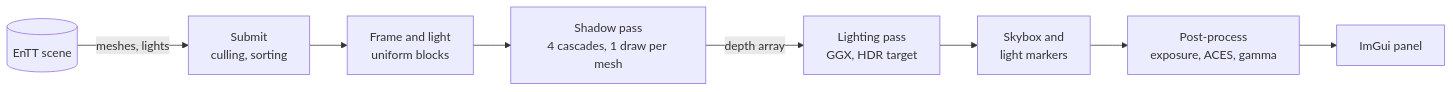
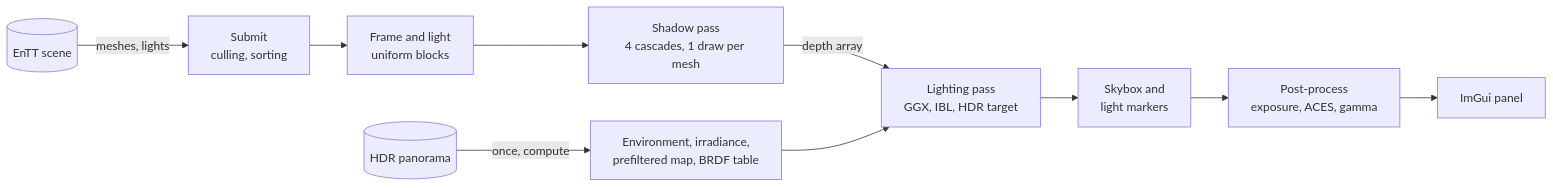
The diagram in README.md (Mounarkk/OpenGL-renderer), drawn with Mermaid before and after one commit. The commit also changed other lines of this file and 6 other files, not shown here.

````diff
--- a/README.md
+++ b/README.md
@@ -148,10 +161,12 @@
 ```mermaid
 flowchart LR
+    HDR[(HDR panorama)] -->|once, compute| Env[Environment, irradiance,<br/>prefiltered map, BRDF table]
     Scene[(EnTT scene)] -->|meshes, lights| Submit[Submit<br/>culling, sorting]
     Submit --> UBO[Frame and light<br/>uniform blocks]
     UBO --> Shadow[Shadow pass<br/>4 cascades, 1 draw per mesh]
-    Shadow -->|depth array| Lighting[Lighting pass<br/>GGX, HDR target]
+    Shadow -->|depth array| Lighting[Lighting pass<br/>GGX, IBL, HDR target]
+    Env --> Lighting
     Lighting --> Sky[Skybox and<br/>light markers]
     Sky --> Post[Post-process<br/>exposure, ACES, gamma]
     Post --> UI[ImGui panel]
 ```
````
